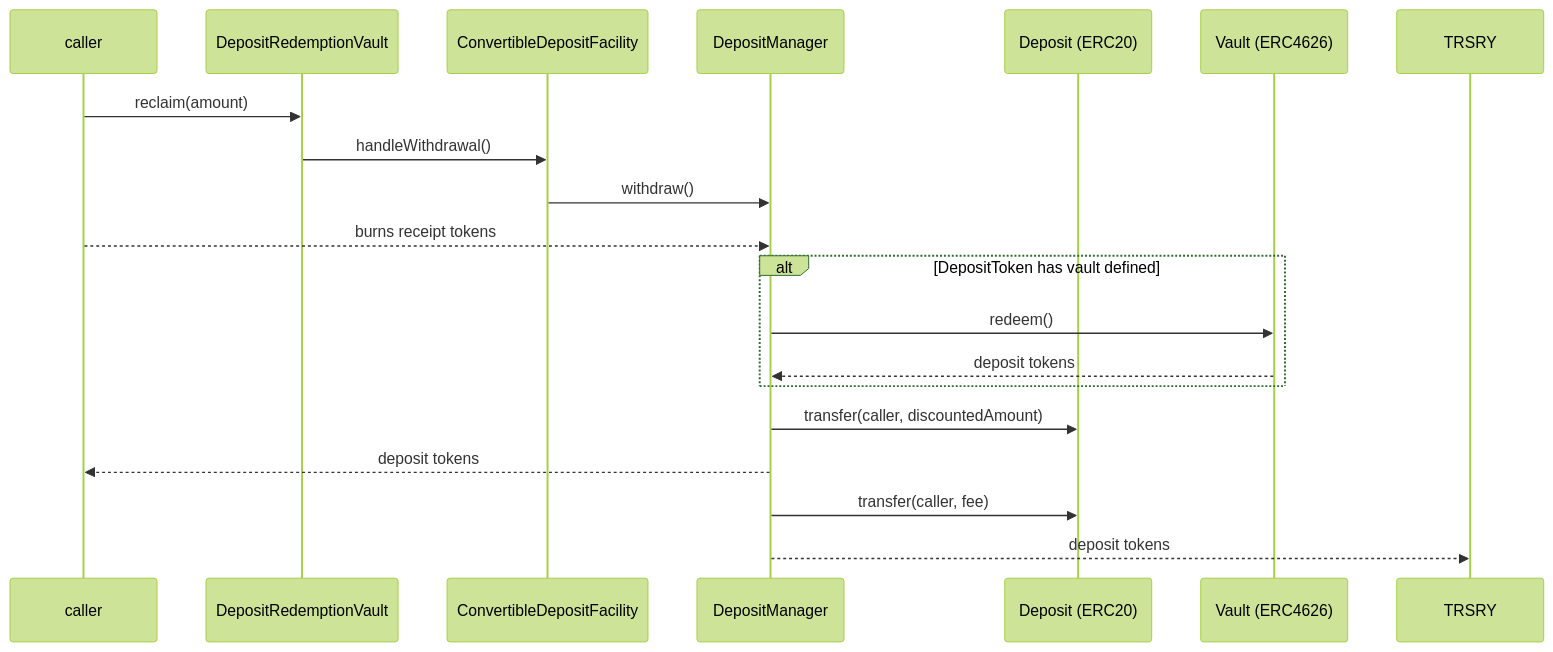
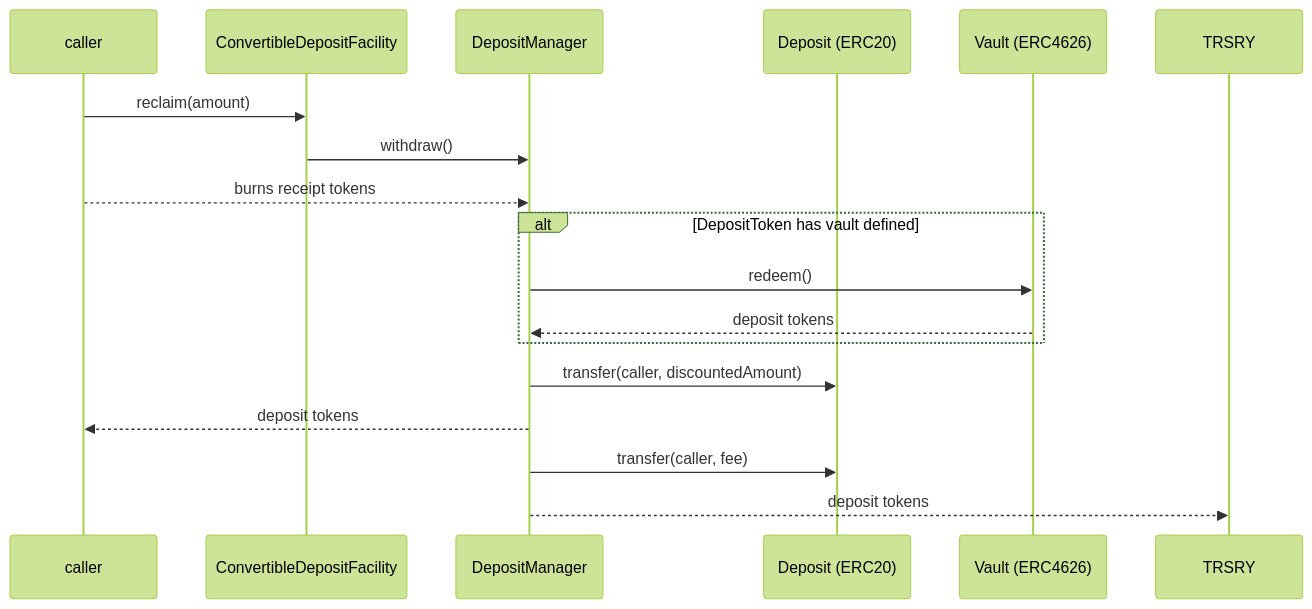
The fifth of 12 diagrams in audit/2025-01_convertible-deposits/README.md (OlympusDAO/olympus-v3), drawn with Mermaid (forest theme) before and after one commit. The commit also changed other lines of this file and 1 other file, not shown here.

````diff
--- a/audit/2025-01_convertible-deposits/README.md
+++ b/audit/2025-01_convertible-deposits/README.md
@@ -337,22 +307,20 @@
 ```mermaid
 sequenceDiagram
     participant caller
-    participant DepositRedemptionVault
     participant ConvertibleDepositFacility
     participant DepositManager
     participant DepositToken as Deposit (ERC20)
     participant VaultToken as Vault (ERC4626)
 
-    caller->>DepositRedemptionVault: reclaim(amount)
-    DepositRedemptionVault->>ConvertibleDepositFacility: handleWithdrawal()
+    caller->>ConvertibleDepositFacility: reclaim(amount)
     ConvertibleDepositFacility->>DepositManager: withdraw()
     caller-->>DepositManager: burns receipt tokens
     alt DepositToken has vault defined
     DepositManager->>VaultToken: redeem()
     VaultToken-->>DepositManager: deposit tokens
     end
     DepositManager->>DepositToken: transfer(caller, discountedAmount)
     DepositManager-->>caller: deposit tokens
     DepositManager->>DepositToken: transfer(caller, fee)
     DepositManager-->>TRSRY: deposit tokens
 ```
````
